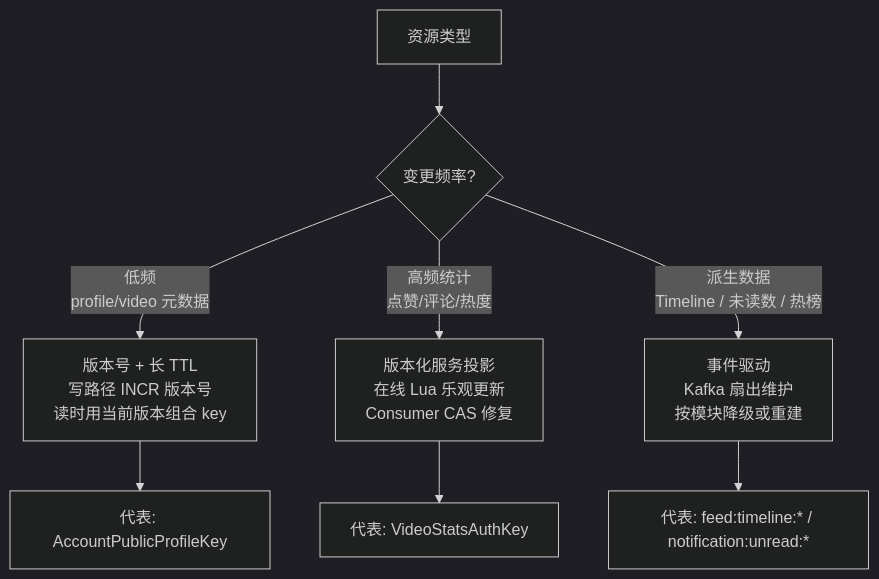
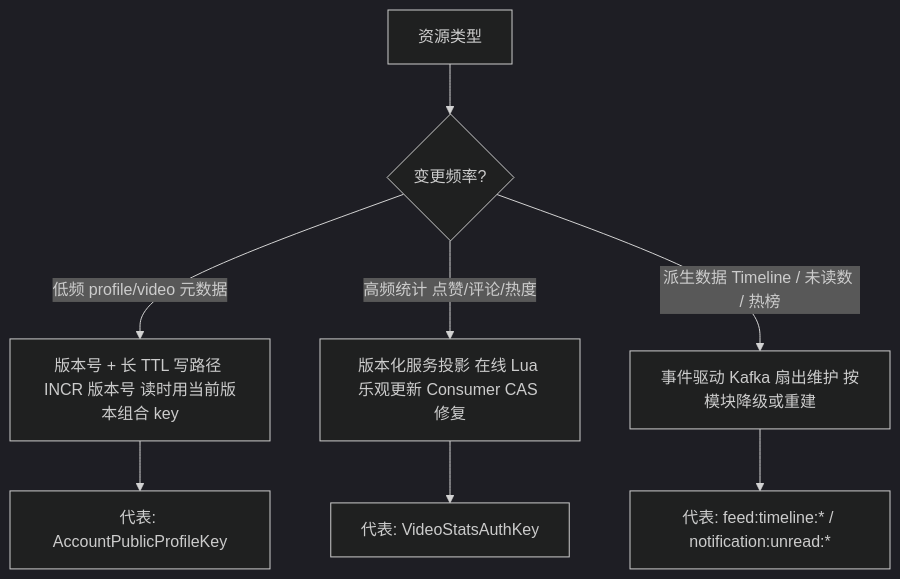
One commit to Redeemz473/feedsystem-zero changed diagram 25 of 28 in docs/PROJECT_OVERVIEW.md. Above: the diagram before and after it, drawn with Mermaid (dark theme). The commit also changed other lines of this file, not shown here.

Commit message:
docs(overview): normalize all 28 mermaid diagrams for github renderer (remove 124 br tags and 3 dashed-with-label edges)

````diff
--- a/docs/PROJECT_OVERVIEW.md
+++ b/docs/PROJECT_OVERVIEW.md
@@ -4045,11 +4045,11 @@
 ```mermaid
 flowchart TD
     A[资源类型] --> B{变更频率?}
-    B -->|低频<br/>profile/video 元数据| C[版本号 + 长 TTL<br/>写路径 INCR 版本号<br/>读时用当前版本组合 key]
-    B -->|高频统计<br/>点赞/评论/热度| D[版本化服务投影<br/>在线 Lua 乐观更新<br/>Consumer CAS 修复]
-    B -->|派生数据<br/>Timeline / 未读数 / 热榜| E[事件驱动<br/>Kafka 扇出维护<br/>按模块降级或重建]
+    B -->|低频 profile/video 元数据| C[版本号 + 长 TTL 写路径 INCR 版本号 读时用当前版本组合 key]
+    B -->|高频统计 点赞/评论/热度| D[版本化服务投影 在线 Lua 乐观更新 Consumer CAS 修复]
+    B -->|派生数据 Timeline / 未读数 / 热榜| E[事件驱动 Kafka 扇出维护 按模块降级或重建]
 
     C --> F[代表: AccountPublicProfileKey]
     D --> G[代表: VideoStatsAuthKey]
     E --> H[代表: feed:timeline:* / notification:unread:*]
 ```
````
